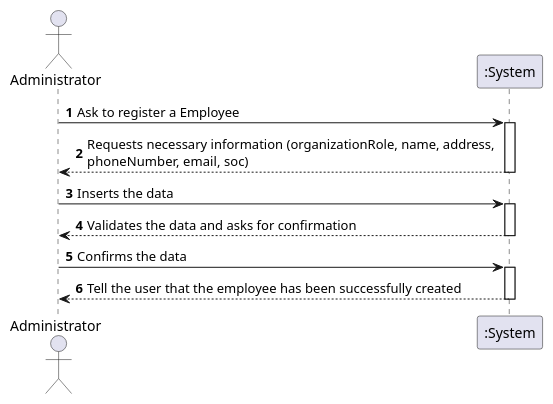
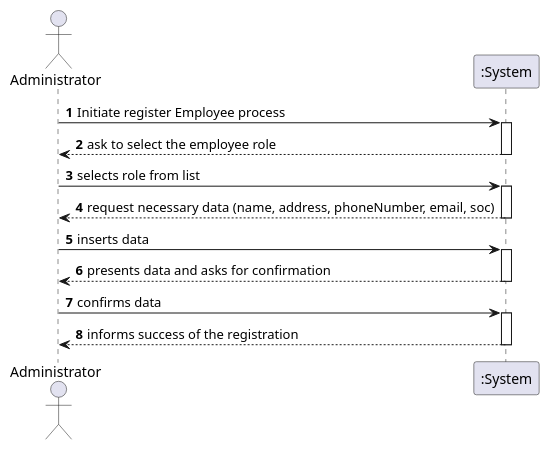
The diagram in docs/SprintC/US7/UC7_SSD.puml (GuilhermeCunha79/lapr2), drawn with PlantUML before and after one commit. The commit also changed 2 other files, not shown here.

```diff
--- a/docs/SprintC/US7/UC7_SSD.puml
+++ b/docs/SprintC/US7/UC7_SSD.puml
@@ -1,25 +1,30 @@
 @startuml
 autonumber
 'hide footbox
 actor "Administrator" as ADMIN
 
 participant ":System" as SYSTEM
 
-ADMIN -> SYSTEM : Ask to register a Employee
+ADMIN -> SYSTEM : Initiate register Employee process
 activate SYSTEM
-SYSTEM --> ADMIN : Requests necessary information (organizationRole, name, address, \nphoneNumber, email, soc)
+SYSTEM --> ADMIN : ask to select the employee role
 
 deactivate SYSTEM
 
-ADMIN -> SYSTEM : Inserts the data
+ADMIN -> SYSTEM : selects role from list
 activate SYSTEM
-SYSTEM --> ADMIN : Validates the data and asks for confirmation
+SYSTEM --> ADMIN : request necessary data (name, address, phoneNumber, email, soc)
 deactivate SYSTEM
 
-ADMIN -> SYSTEM : Confirms the data
+ADMIN -> SYSTEM : inserts data
 activate SYSTEM
-SYSTEM --> ADMIN : Tell the user that the employee has been successfully created
+SYSTEM --> ADMIN : presents data and asks for confirmation
+deactivate SYSTEM
+
+ADMIN -> SYSTEM : confirms data
+activate SYSTEM
+SYSTEM --> ADMIN : informs success of the registration
 deactivate SYSTEM
 
 
 @enduml
```
